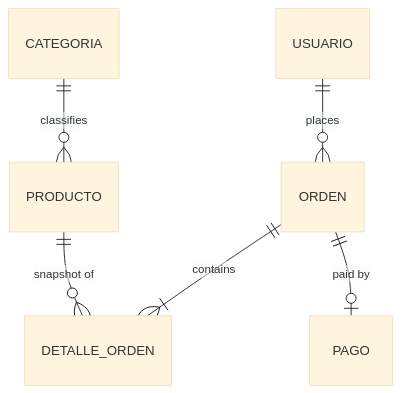
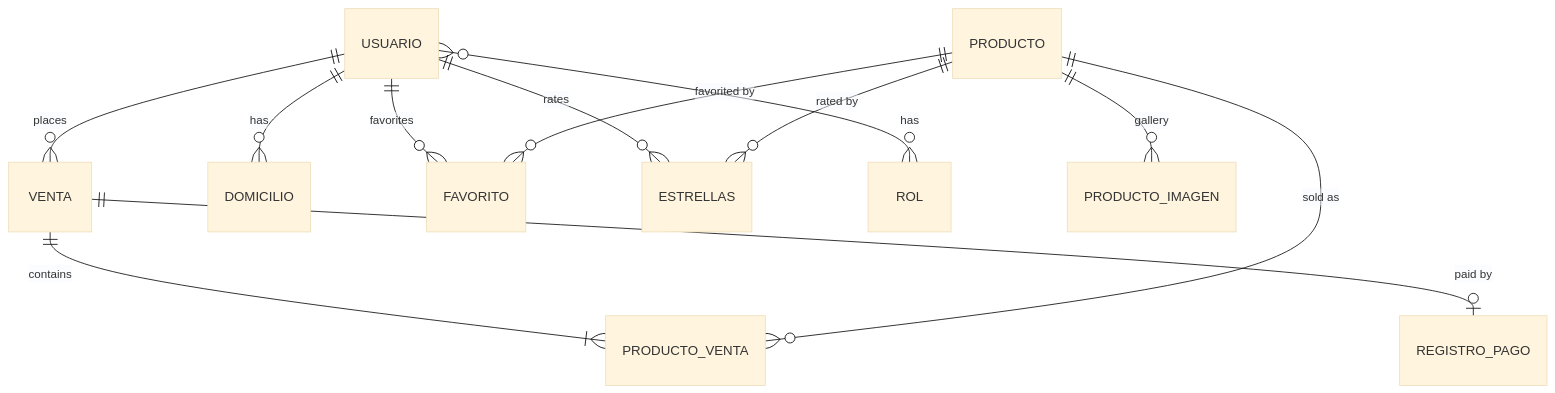
Before and after one commit to bru678nein/ecommerceyacomo: the second of 4 diagrams in README.md, drawn with Mermaid (base theme). The commit also changed other lines of this file, not shown here.

````diff
--- a/README.md
+++ b/README.md
@@ -170,8 +173,14 @@
 ```mermaid
 erDiagram
-    USUARIO ||--o{ ORDEN : places
-    ORDEN ||--|{ DETALLE_ORDEN : contains
-    PRODUCTO ||--o{ DETALLE_ORDEN : "snapshot of"
-    CATEGORIA ||--o{ PRODUCTO : classifies
-    ORDEN ||--o| PAGO : "paid by"
+    USUARIO ||--o{ VENTA : places
+    USUARIO ||--o{ DOMICILIO : has
+    USUARIO ||--o{ FAVORITO : favorites
+    USUARIO ||--o{ ESTRELLAS : rates
+    USUARIO }o--o{ ROL : has
+    VENTA ||--|{ PRODUCTO_VENTA : contains
+    VENTA ||--o| REGISTRO_PAGO : "paid by"
+    PRODUCTO ||--o{ PRODUCTO_VENTA : "sold as"
+    PRODUCTO ||--o{ PRODUCTO_IMAGEN : gallery
+    PRODUCTO ||--o{ FAVORITO : "favorited by"
+    PRODUCTO ||--o{ ESTRELLAS : "rated by"
 ```
````
